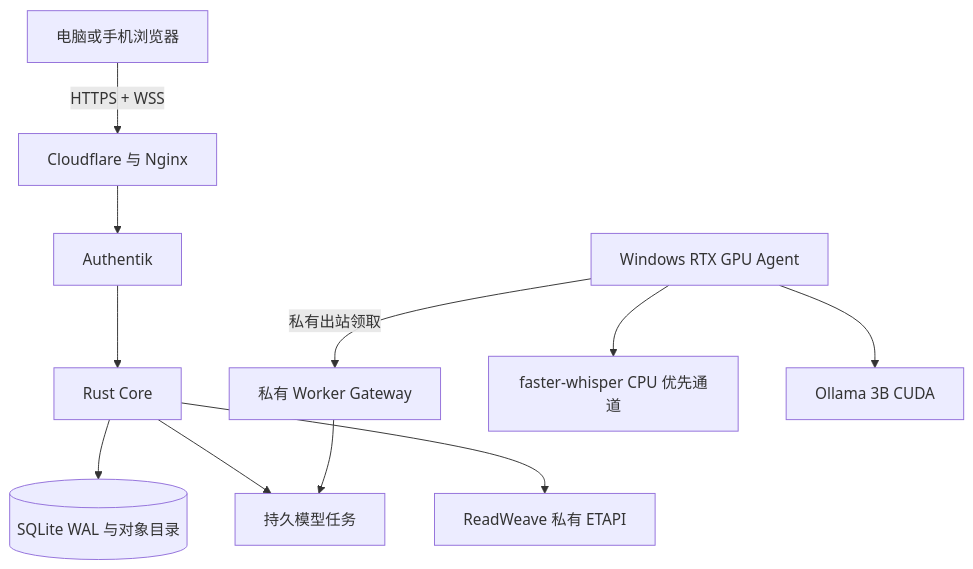
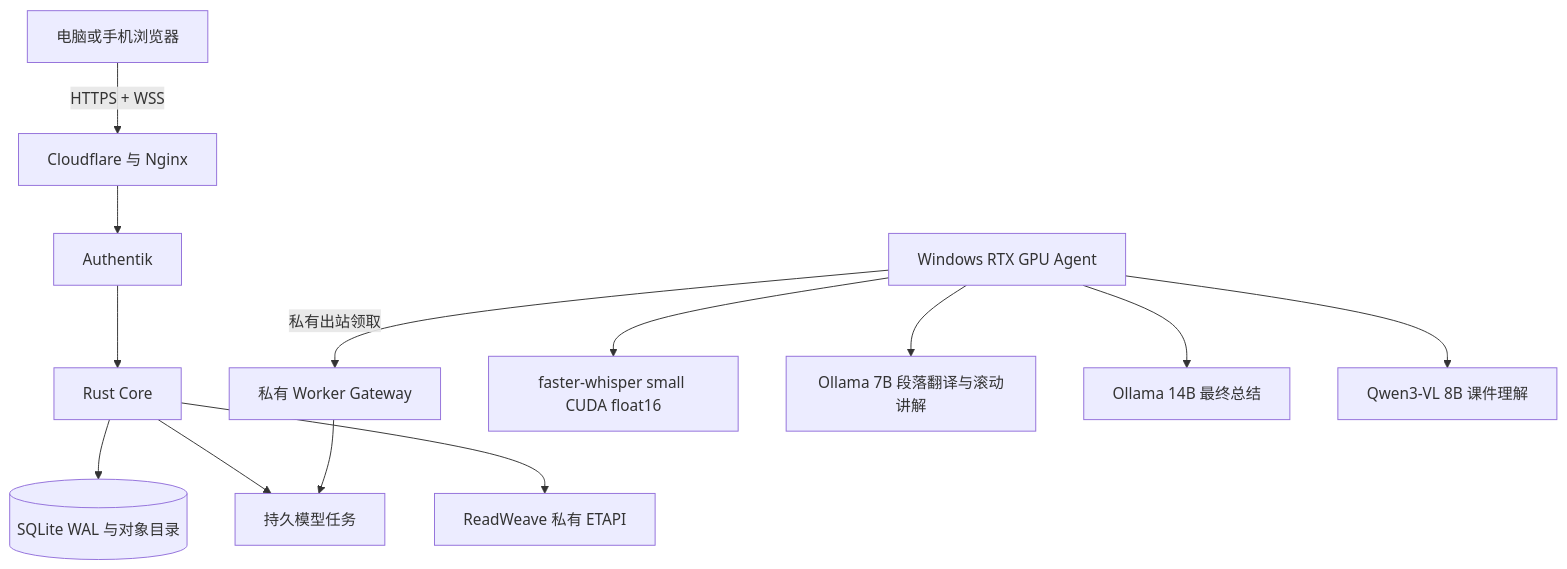
One commit to AIALRA-0/AIALRA-LIVE-TRANSLATE changed the diagram in deploy/README.md. Above: the diagram before and after it, drawn with Mermaid. The commit also changed other lines of this file and 89 other files, not shown here.

````diff
--- a/deploy/README.md
+++ b/deploy/README.md
@@ -9,13 +9,15 @@
 ```mermaid
 flowchart TD
   Browser[电脑或手机浏览器] -->|HTTPS + WSS| Edge[Cloudflare 与 Nginx]
   Edge --> Auth[Authentik]
   Auth --> Core[Rust Core]
   Core --> Data[(SQLite WAL 与对象目录)]
   Core --> Queue[持久模型任务]
   Core --> Notes[ReadWeave 私有 ETAPI]
   Agent[Windows RTX GPU Agent] -->|私有出站领取| Gateway[私有 Worker Gateway]
   Gateway --> Queue
-  Agent --> ASR[faster-whisper CPU 优先通道]
-  Agent --> LLM[Ollama 3B CUDA]
+  Agent --> ASR[faster-whisper small CUDA float16]
+  Agent --> LLM[Ollama 7B 段落翻译与滚动讲解]
+  Agent --> Summary[Ollama 14B 最终总结]
+  Agent --> VLM[Qwen3-VL 8B 课件理解]
 ```
````
